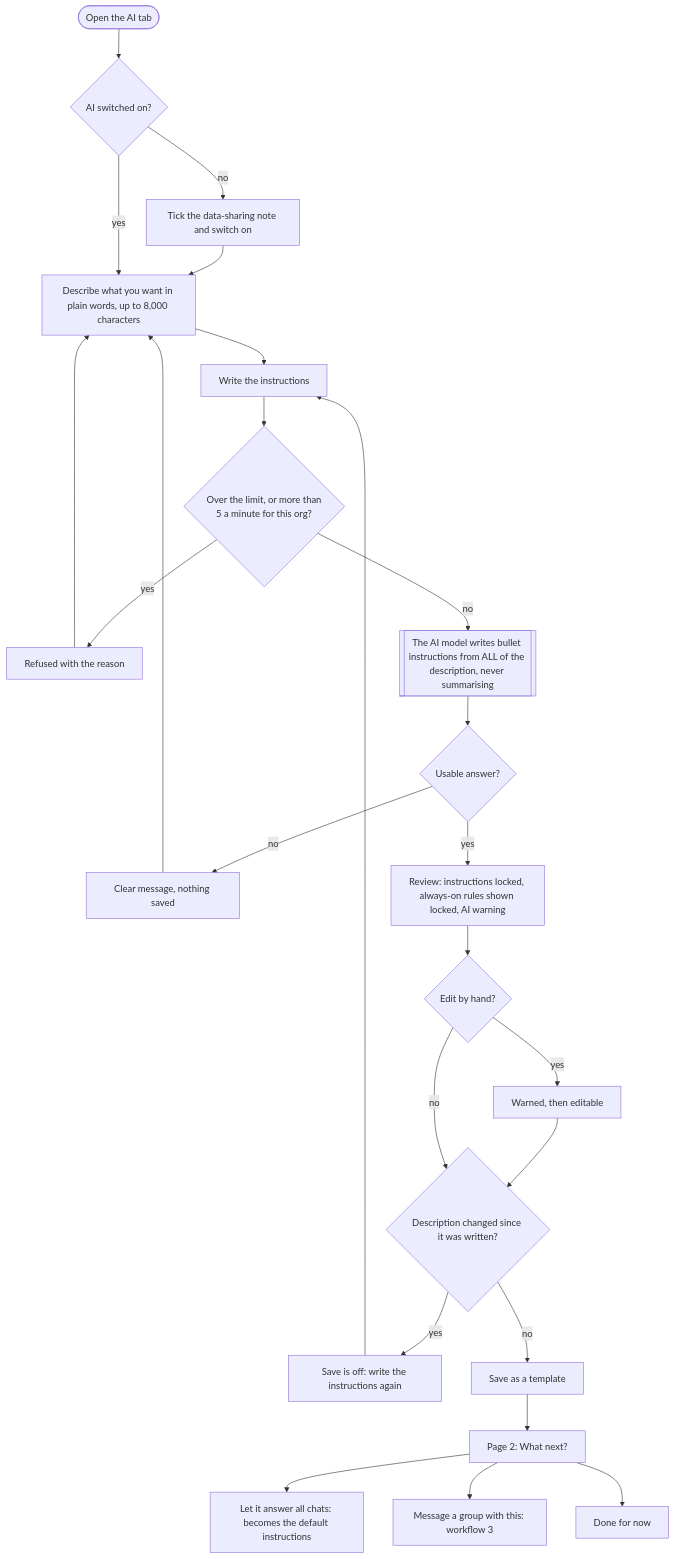
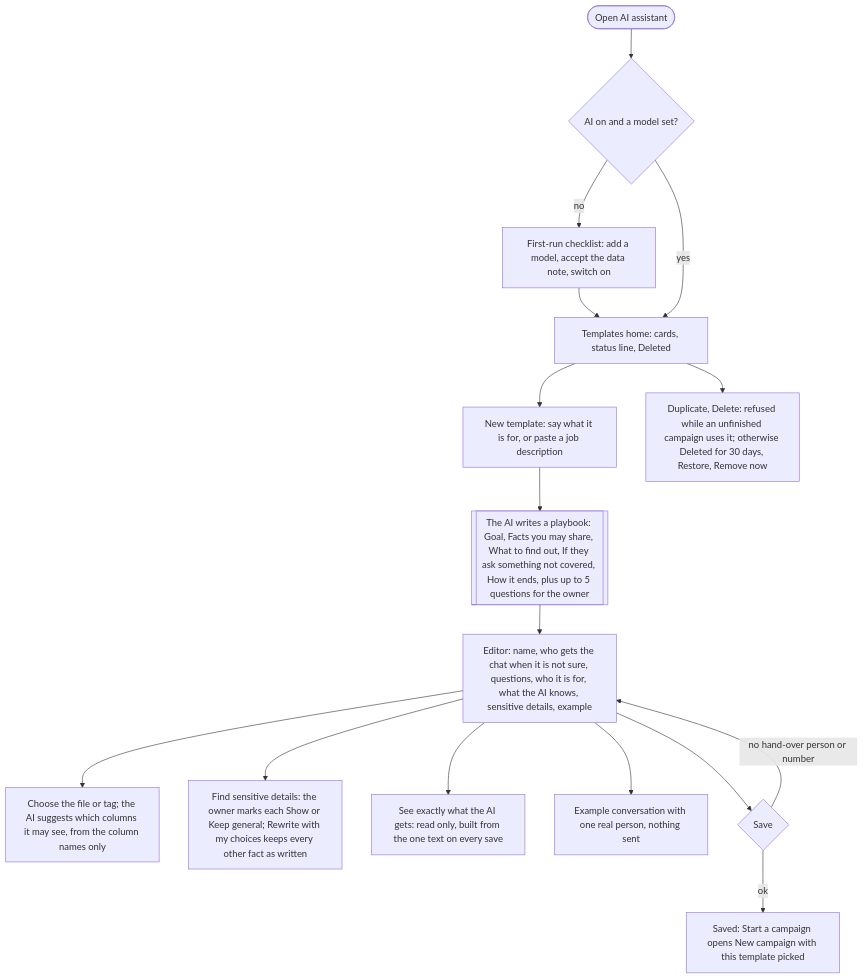
Before and after one commit to Kushalr3ddy/whatsapp-crm: the first of 8 diagrams in docs/36-workflows.md, drawn with Mermaid. The commit also changed other lines of this file and 55 other files, not shown here.

````diff
--- a/docs/36-workflows.md
+++ b/docs/36-workflows.md
@@ -11,22 +12,17 @@
 ```mermaid
 flowchart TD
-  A([Open the AI tab]) --> B{AI switched on?}
-  B -- no --> C[Tick the data-sharing note and switch on] --> D
-  B -- yes --> D[Describe what you want in plain words, up to 8,000 characters]
-  D --> E[Write the instructions]
-  E --> F{Over the limit, or more than<br/>5 a minute for this org?}
-  F -- yes --> G[Refused with the reason] --> D
-  F -- no --> H[[The AI model writes bullet instructions from ALL of the description, never summarising]]
-  H --> I{Usable answer?}
-  I -- no --> J[Clear message, nothing saved] --> D
-  I -- yes --> K[Review: instructions locked, always-on rules shown locked, AI warning]
-  K --> L{Edit by hand?}
-  L -- yes --> M[Warned, then editable] --> N
-  L -- no --> N{Description changed since it was written?}
-  N -- yes --> O[Save is off: write the instructions again] --> E
-  N -- no --> P[Save as a template]
-  P --> Q[Page 2: What next?]
-  Q --> R[Let it answer all chats: becomes the default instructions]
-  Q --> S[Message a group with this: workflow 3]
-  Q --> T[Done for now]
+  A([Open AI assistant]) --> B{AI on and a model set?}
+  B -- no --> C[First-run checklist: add a model, accept the data note, switch on] --> D
+  B -- yes --> D[Templates home: cards, status line, Deleted]
+  D --> E[New template: say what it is for, or paste a job description]
+  E --> F[[The AI writes a playbook: Goal, Facts you may share, What to find out, If they ask something not covered, How it ends, plus up to 5 questions for the owner]]
+  F --> G[Editor: name, who gets the chat when it is not sure, questions, who it is for, what the AI knows, sensitive details, example]
+  G --> H[Choose the file or tag; the AI suggests which columns it may see, from the column names only]
+  G --> I[Find sensitive details: the owner marks each Show or Keep general; Rewrite with my choices keeps every other fact as written]
+  G --> J[See exactly what the AI gets: read only, built from the one text on every save]
+  G --> K[Example conversation with one real person, nothing sent]
+  G --> L{Save}
+  L -- no hand-over person or number --> G
+  L -- ok --> M[Saved: Start a campaign opens New campaign with this template picked]
+  D --> N[Duplicate, Delete: refused while an unfinished campaign uses it; otherwise Deleted for 30 days, Restore, Remove now]
 ```
````
